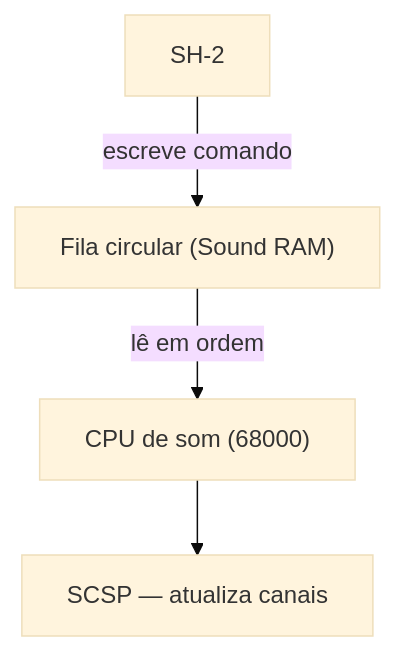
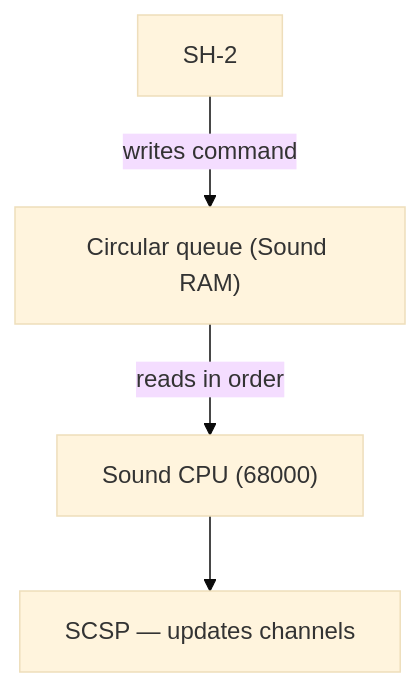
One commit to jhonatanTeixeira/mimas-saturn-emulator changed diagram 11 of 16 in docs/first_architectural_draft.md. Above: the diagram before and after it, drawn with Mermaid (base theme). The commit also changed other lines of this file and 2 other files, not shown here.

First line of the commit message:
Translate architecture planning docs to English

````diff
--- a/docs/first_architectural_draft.md
+++ b/docs/first_architectural_draft.md
@@ -177,6 +177,6 @@
 ```mermaid
 graph TD
-    SH2["SH-2"] -->|escreve comando| Ring["Fila circular (Sound RAM)"]
-    Ring -->|lê em ordem| M68K["CPU de som (68000)"]
-    M68K --> SCSP["SCSP — atualiza canais"]
+    SH2["SH-2"] -->|writes command| Ring["Circular queue (Sound RAM)"]
+    Ring -->|reads in order| M68K["Sound CPU (68000)"]
+    M68K --> SCSP["SCSP — updates channels"]
 ```
````
